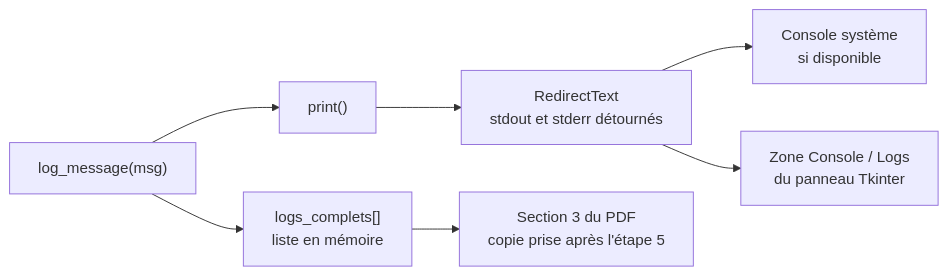
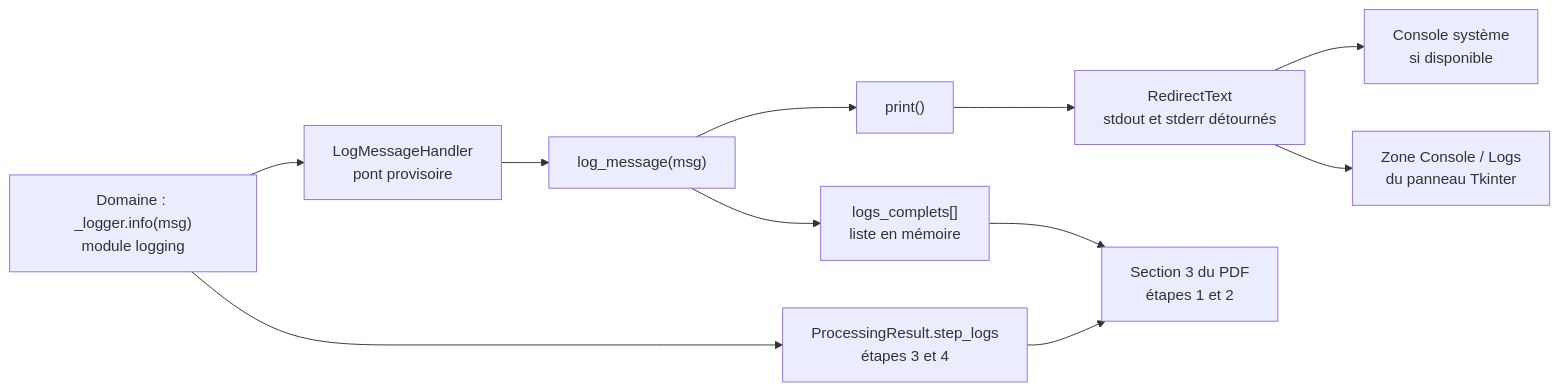
The eighth of 8 diagrams in doc/WORKFLOW_GEMINI.md (lecinquiemejour-code/PromptoDYS_app), drawn with Mermaid before and after one commit. The commit also changed other lines of this file and 6 other files, not shown here.

````diff
--- a/doc/WORKFLOW_GEMINI.md
+++ b/doc/WORKFLOW_GEMINI.md
@@ -366,9 +371,12 @@
 ```mermaid
 flowchart LR
+    DOM["Domaine : _logger.info(msg)<br/>module logging"] --> BRIDGE["LogMessageHandler<br/>pont provisoire"]
+    BRIDGE --> LM
     LM["log_message(msg)"] --> PRINT["print()"]
     LM --> LIST["logs_complets[]<br/>liste en mémoire"]
     PRINT --> REDIR["RedirectText<br/>stdout et stderr détournés"]
     REDIR --> TERM["Console système<br/>si disponible"]
     REDIR --> GUI["Zone Console / Logs<br/>du panneau Tkinter"]
-    LIST --> PDF["Section 3 du PDF<br/>copie prise après l'étape 5"]
+    LIST --> PDF["Section 3 du PDF<br/>étapes 1 et 2"]
+    DOM --> STEPS["ProcessingResult.step_logs<br/>étapes 3 et 4"] --> PDF
 ```
````
